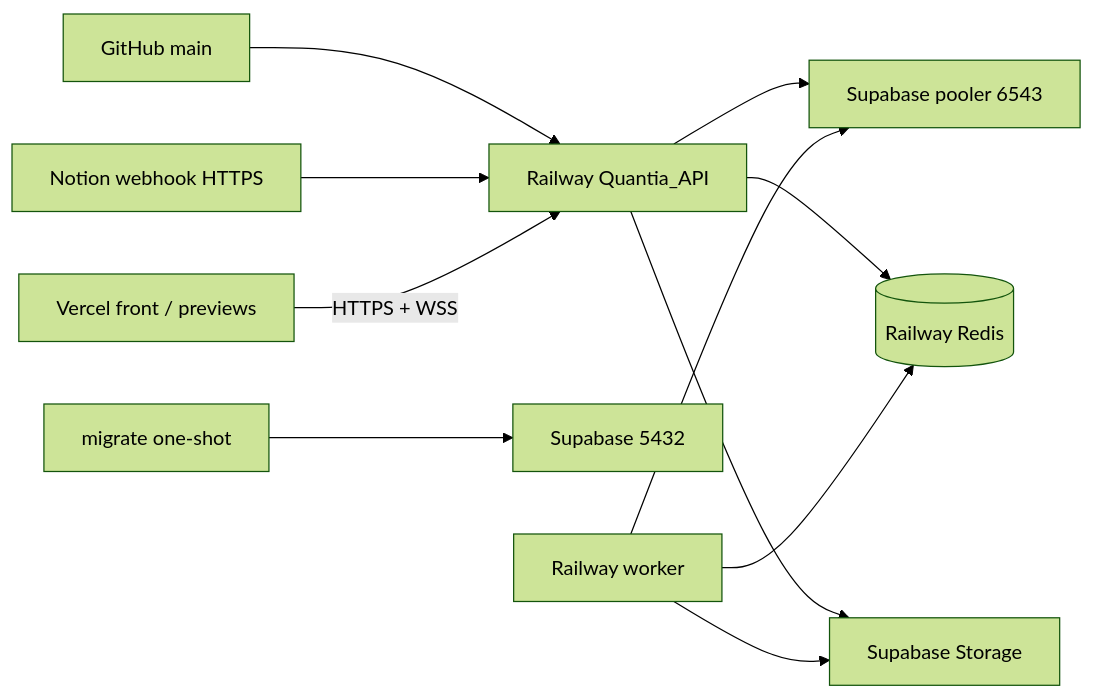
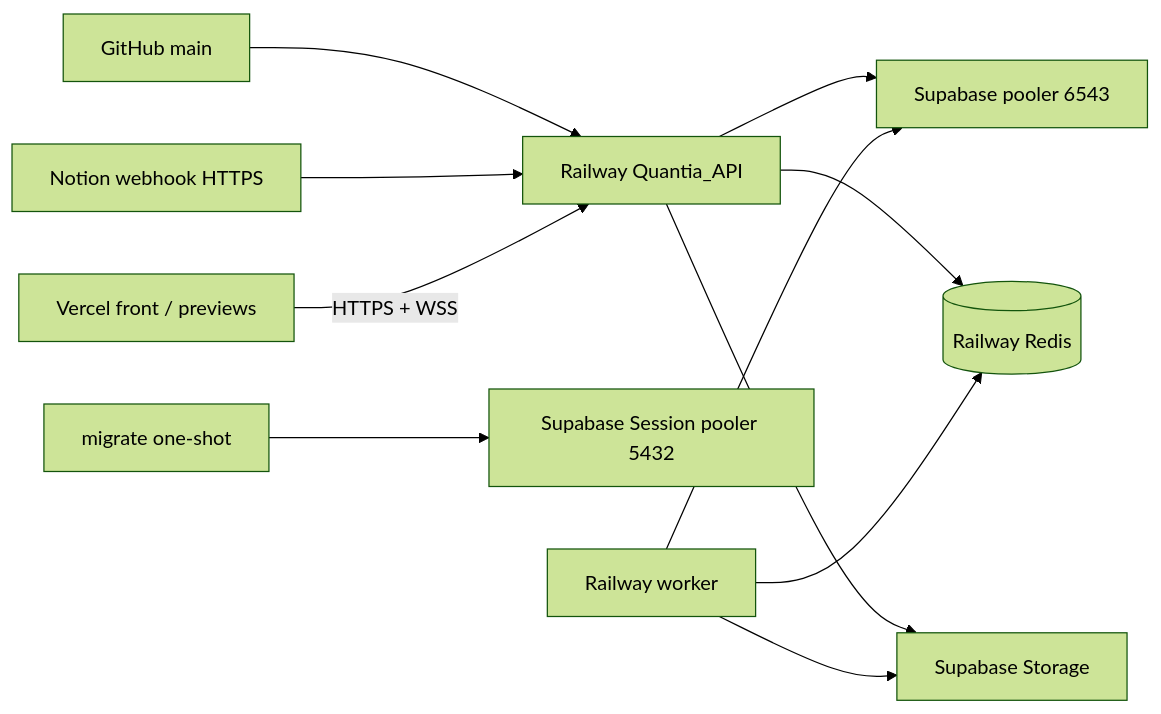
Before and after one commit to julianmeoficial/Quantia_API: the diagram in docs/architecture/deploy.md, drawn with Mermaid (forest theme). The commit also changed other lines of this file and 12 other files, not shown here.

````diff
--- a/docs/architecture/deploy.md
+++ b/docs/architecture/deploy.md
@@ -23,13 +23,13 @@
 ```mermaid
 flowchart LR
   GH["GitHub main"] --> QuantiaAPI["Railway Quantia_API"]
   NotionWH["Notion webhook HTTPS"] --> QuantiaAPI
   Vercel["Vercel front / previews"] -->|"HTTPS + WSS"| QuantiaAPI
   QuantiaAPI --> Pooler["Supabase pooler 6543"]
-  Migrate["migrate one-shot"] --> Direct["Supabase 5432"]
+  Migrate["migrate one-shot"] --> SessionPooler["Supabase Session pooler 5432"]
   QuantiaAPI --> Redis[(Railway Redis)]
   Worker["Railway worker"] --> Redis
   Worker --> Pooler
   QuantiaAPI --> Storage["Supabase Storage"]
   Worker --> Storage
 ```
````
